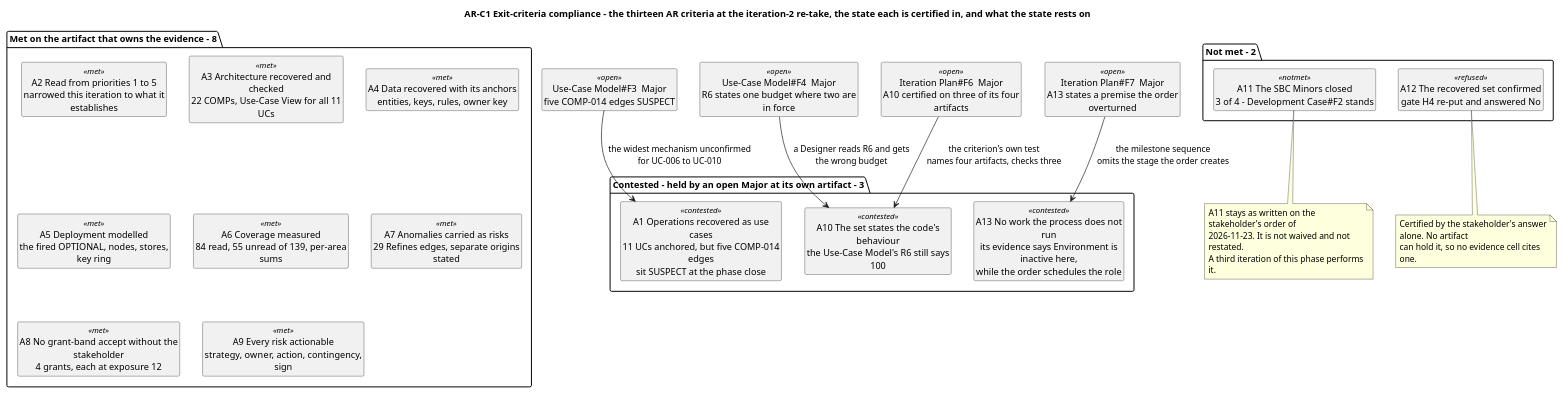
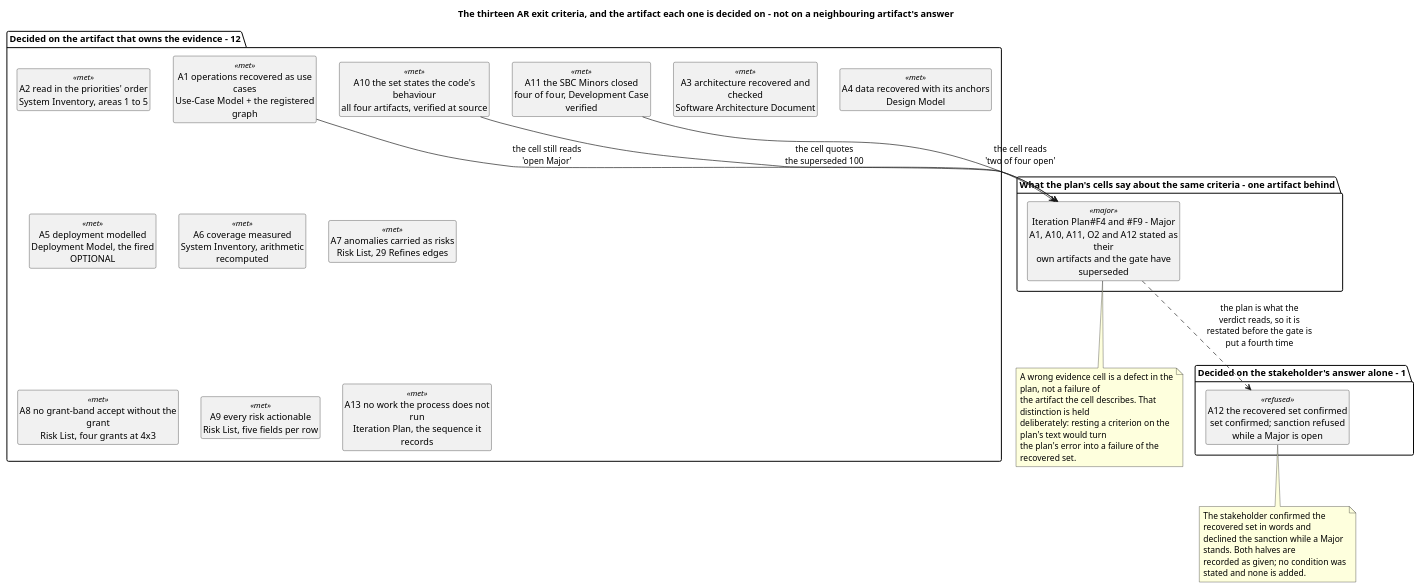
The first of 11 diagrams in docs/artifacts/project-management/review-record.md (banense-test/TodoApp), drawn with PlantUML before and after one commit. The commit also changed other lines of this file, not shown here.

Commit message:
Management Reviewer [Excavation3]: upsert Review Record
[skip ci]

````diff
--- a/docs/artifacts/project-management/review-record.md
+++ b/docs/artifacts/project-management/review-record.md
@@ -131,53 +135,52 @@
 ```plantuml
 @startuml
-title AR-C1 Exit-criteria compliance - the thirteen AR criteria at the iteration-2 re-take, the state each is certified in, and what the state rests on
+title The thirteen AR exit criteria, and the artifact each one is decided on - not on a neighbouring artifact's answer
 
 skinparam shadowing false
 skinparam classAttributeIconSize 0
 skinparam wrapWidth 245
 hide circle
 hide empty members
 
-package "Met on the artifact that owns the evidence - 8" {
-  class "A2 Read from priorities 1 to 5\nnarrowed this iteration to what it establishes" as A2 <<met>>
-  class "A3 Architecture recovered and checked\n22 COMPs, Use-Case View for all 11 UCs" as A3 <<met>>
-  class "A4 Data recovered with its anchors\nentities, keys, rules, owner key" as A4 <<met>>
-  class "A5 Deployment modelled\nthe fired OPTIONAL, nodes, stores, key ring" as A5 <<met>>
-  class "A6 Coverage measured\n84 read, 55 unread of 139, per-area sums" as A6 <<met>>
-  class "A7 Anomalies carried as risks\n29 Refines edges, separate origins stated" as A7 <<met>>
-  class "A8 No grant-band accept without the stakeholder\n4 grants, each at exposure 12" as A8 <<met>>
-  class "A9 Every risk actionable\nstrategy, owner, action, contingency, sign" as A9 <<met>>
+package "Decided on the artifact that owns the evidence - 12" {
+  class "A1 operations recovered as use cases\nUse-Case Model + the registered graph" as A1 <<met>>
+  class "A2 read in the priorities' order\nSystem Inventory, areas 1 to 5" as A2 <<met>>
+  class "A3 architecture recovered and checked\nSoftware Architecture Document" as A3 <<met>>
+  class "A4 data recovered with its anchors\nDesign Model" as A4 <<met>>
+  class "A5 deployment modelled\nDeployment Model, the fired OPTIONAL" as A5 <<met>>
+  class "A6 coverage measured\nSystem Inventory, arithmetic recomputed" as A6 <<met>>
+  class "A7 anomalies carried as risks\nRisk List, 29 Refines edges" as A7 <<met>>
+  class "A8 no grant-band accept without the grant\nRisk List, four grants at 4x3" as A8 <<met>>
+  class "A9 every risk actionable\nRisk List, five fields per row" as A9 <<met>>
+  class "A10 the set states the code's behaviour\nall four artifacts, verified at source" as A10 <<met>>
+  class "A11 the SBC Minors closed\nfour of four, Development Case verified" as A11 <<met>>
+  class "A13 no work the process does not run\nIteration Plan, the sequence it records" as A13 <<met>>
 }
 
-package "Contested - held by an open Major at its own artifact - 3" {
-  class "A1 Operations recovered as use cases\n11 UCs anchored, but five COMP-014 edges\nsit SUSPECT at the phase close" as A1 <<contested>>
-  class "A10 The set states the code's behaviour\nthe Use-Case Model's R6 still says 100" as A10 <<contested>>
-  class "A13 No work the process does not run\nits evidence says Environment is inactive here,\nwhile the order schedules the role" as A13 <<contested>>
+package "Decided on the stakeholder's answer alone - 1" {
+  class "A12 the recovered set confirmed\nset confirmed; sanction refused\nwhile a Major is open" as A12 <<refused>>
 }
 
-package "Not met - 2" {
-  class "A11 The SBC Minors closed\n3 of 4 - Development Case#F2 stands" as A11 <<notmet>>
-  class "A12 The recovered set confirmed\ngate H4 re-put and answered No" as A12 <<refused>>
+package "What the plan's cells say about the same criteria - one artifact behind" {
+  class "Iteration Plan#F4 and #F9 - Major\nA1, A10, A11, O2 and A12 stated as their\nown artifacts and the gate have superseded" as F4 <<major>>
 }
 
-class "Use-Case Model#F3  Major\nfive COMP-014 edges SUSPECT" as D1 <<open>>
-class "Use-Case Model#F4  Major\nR6 states one budget where two are in force" as D2 <<open>>
-class "Iteration Plan#F6  Major\nA10 certified on three of its four artifacts" as D3 <<open>>
-class "Iteration Plan#F7  Major\nA13 states a premise the order overturned" as D4 <<open>>
+A1 --> F4 : the cell still reads\n'open Major'
+A10 --> F4 : the cell quotes\nthe superseded 100
+A11 --> F4 : the cell reads\n'two of four open'
+F4 ..> A12 : the plan is what the\nverdict reads, so it is\nrestated before the gate is\nput a fourth time
 
-D1 --> A1 : the widest mechanism unconfirmed\nfor UC-006 to UC-010
-D2 --> A10 : a Designer reads R6 and gets\nthe wrong budget
-D3 --> A10 : the criterion's own test\nnames four artifacts, checks three
-D4 --> A13 : the milestone sequence\nomits the stage the order creates
+note bottom of A12
+  The stakeholder confirmed the recovered set in words and
+  declined the sanction while a Major stands. Both halves are
+  recorded as given; no condition was stated and none is added.
+end note
+note bottom of F4
+  A wrong evidence cell is a defect in the plan, not a failure of
+  the artifact the cell describes. That distinction is held
+  deliberately: resting a criterion on the plan's text would turn
+  the plan's error into a failure of the recovered set.
+end note
 
-note bottom of A11
-  A11 stays as written on the stakeholder's order of
-  2026-11-23. It is not waived and not restated.
-  A third iteration of this phase performs it.
-end note
-note bottom of A12
-  Certified by the stakeholder's answer alone. No artifact
-  can hold it, so no evidence cell cites one.
-end note
 @enduml
 ```
````
